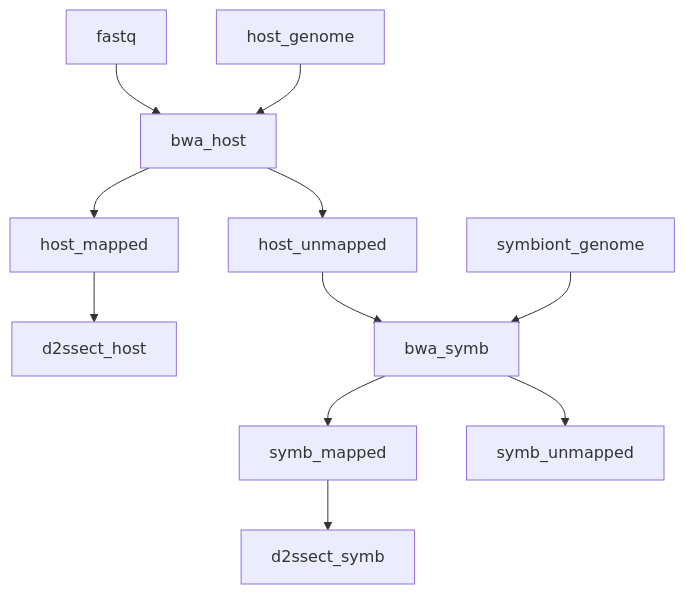
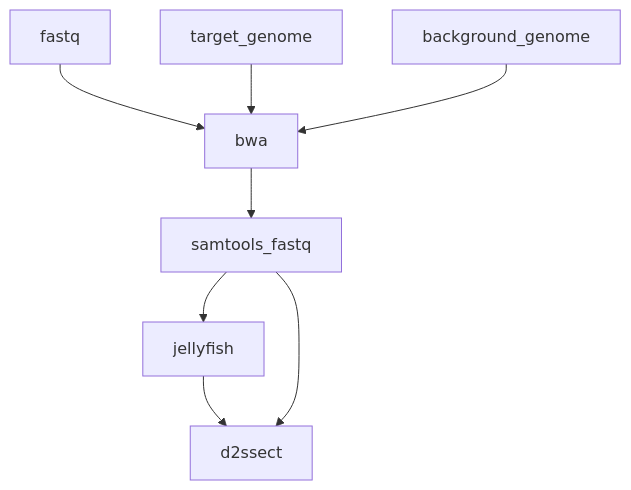
One commit to marine-omics/mod2s changed the diagram in README.md. Above: the diagram before and after it, drawn with Mermaid. The commit also changed other lines of this file and 20 other files, not shown here.

````diff
--- a/README.md
+++ b/README.md
@@ -7,14 +7,10 @@
 ```mermaid
 graph TD;
-	fastq-->bwa_host;
-	host_genome-->bwa_host;
-	bwa_host-->host_mapped;
-	bwa_host-->host_unmapped;
-	host_mapped-->d2ssect_host;
-
-	host_unmapped-->bwa_symb;
-	symbiont_genome-->bwa_symb;
-	bwa_symb-->symb_mapped;
-	bwa_symb-->symb_unmapped;
-	symb_mapped-->d2ssect_symb;
+	fastq-->bwa;
+	target_genome-->bwa;
+	background_genome-->bwa;
+	bwa-->samtools_fastq;
+	samtools_fastq-->jellyfish;
+	jellyfish-->d2ssect;
+	samtools_fastq-->d2ssect;
 ```
````
